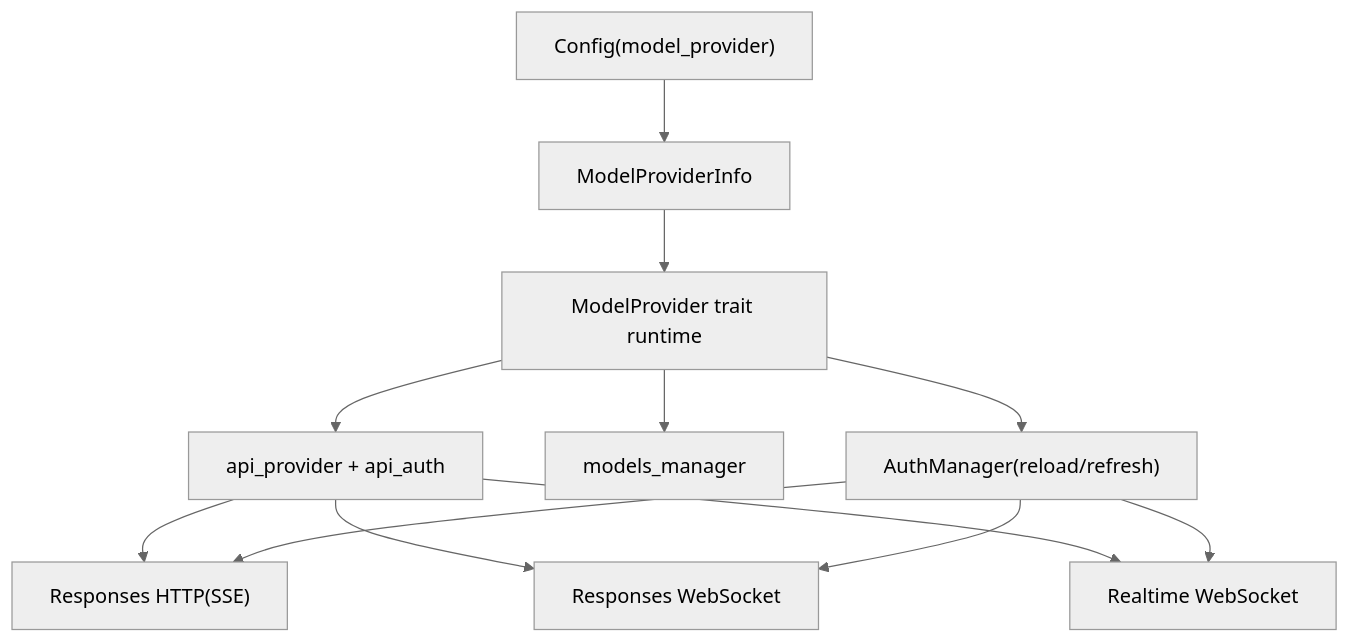
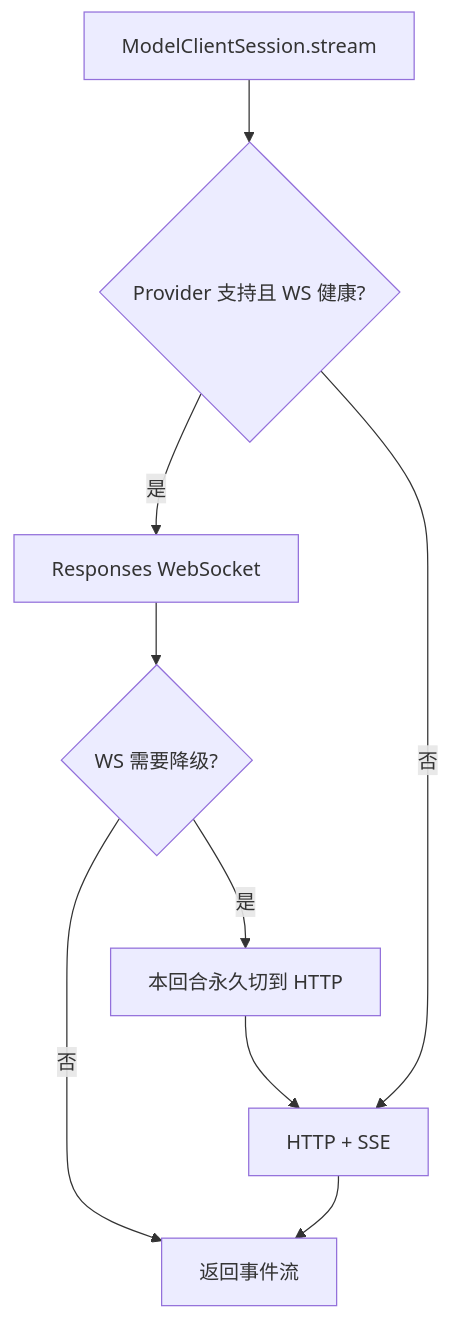
Before and after one commit to GLBB/codex-source-analysis: the second of 2 diagrams in Part I Principles and Usage/08-Provider与API模式.md, drawn with Mermaid. The commit also changed other lines of this file and 49 other files, not shown here.

````diff
--- a/Part I Principles and Usage/08-Provider与API模式.md
+++ b/Part I Principles and Usage/08-Provider与API模式.md
@@ -134,15 +84,11 @@
 ```mermaid
-%%{init:{'theme':'neutral','themeVariables':{'background':'#ffffff'}}}%%
 flowchart TD
-    A["Config(model_provider)"] --> B["ModelProviderInfo"]
-    B --> C["ModelProvider trait runtime"]
-    C --> D["api_provider + api_auth"]
-    C --> E["models_manager"]
-    D --> F["Responses HTTP(SSE)"]
-    D --> G["Responses WebSocket"]
-    D --> H["Realtime WebSocket"]
-    C --> I["AuthManager(reload/refresh)"]
-    I --> F
-    I --> G
-    I --> H
+    A[ModelClientSession.stream] --> B{Provider 支持且 WS 健康?}
+    B -- 是 --> C[Responses WebSocket]
+    B -- 否 --> D[HTTP + SSE]
+    C --> E{WS 需要降级?}
+    E -- 否 --> F[返回事件流]
+    E -- 是 --> G[本回合永久切到 HTTP]
+    G --> D
+    D --> F
 ```
````
